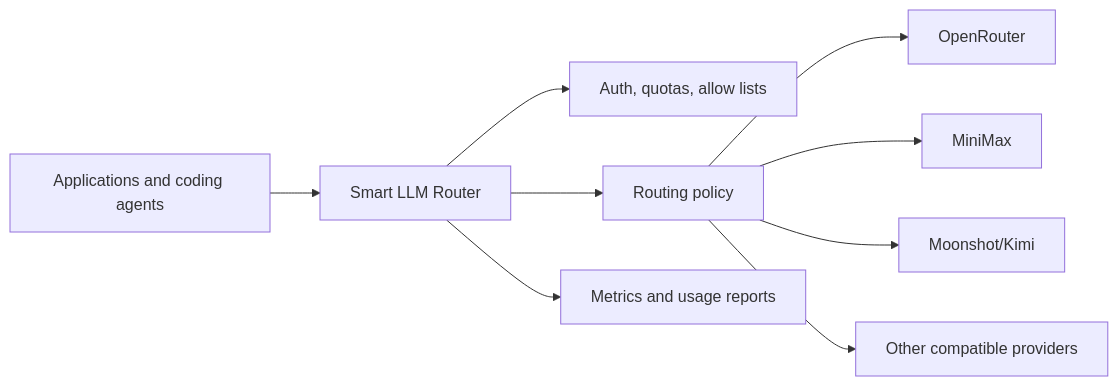
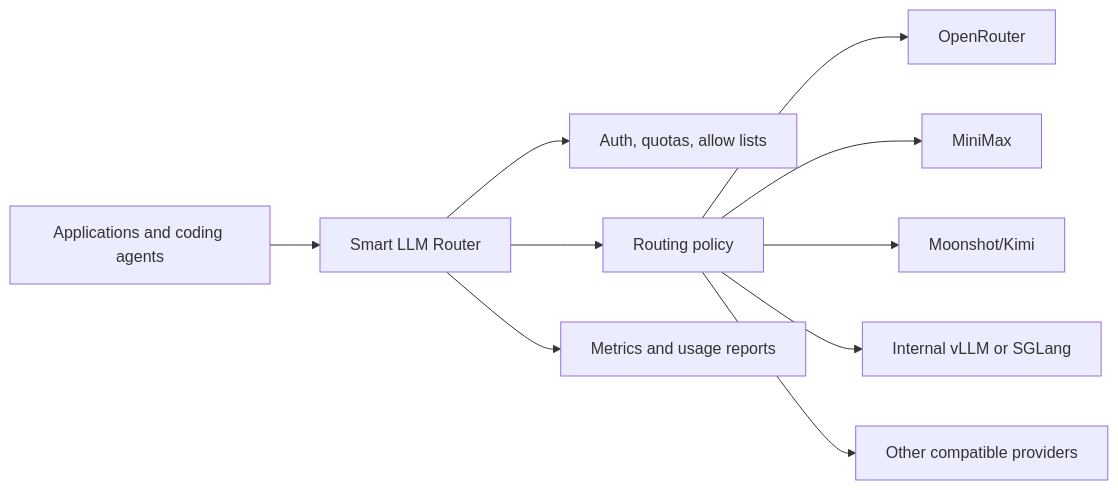
One commit to Metrum-AI-Products/genai-smart-router changed the first of 2 diagrams in docs-site/docs/solution-brief.md. Above: the diagram before and after it, drawn with Mermaid. The commit also changed other lines of this file and 22 other files, not shown here.

````diff
--- a/docs-site/docs/solution-brief.md
+++ b/docs-site/docs/solution-brief.md
@@ -19,11 +19,12 @@
 ```mermaid
 flowchart LR
   App[Applications and coding agents] --> Router[Smart LLM Router]
   Router --> Auth[Auth, quotas, allow lists]
   Router --> Policy[Routing policy]
   Router --> Telemetry[Metrics and usage reports]
   Policy --> P1[OpenRouter]
   Policy --> P2[MiniMax]
   Policy --> P3[Moonshot/Kimi]
-  Policy --> P4[Other compatible providers]
+  Policy --> P4[Internal vLLM or SGLang]
+  Policy --> P5[Other compatible providers]
 ```
````
